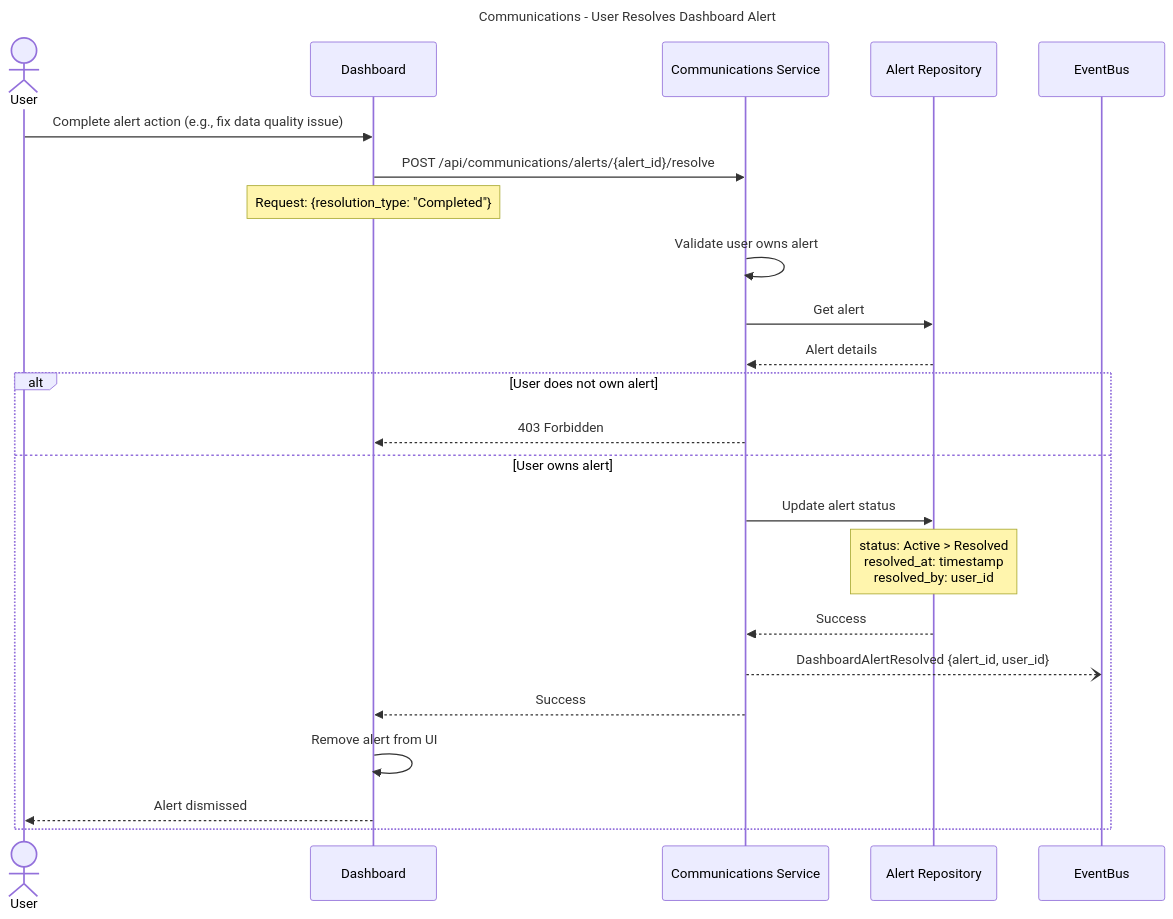
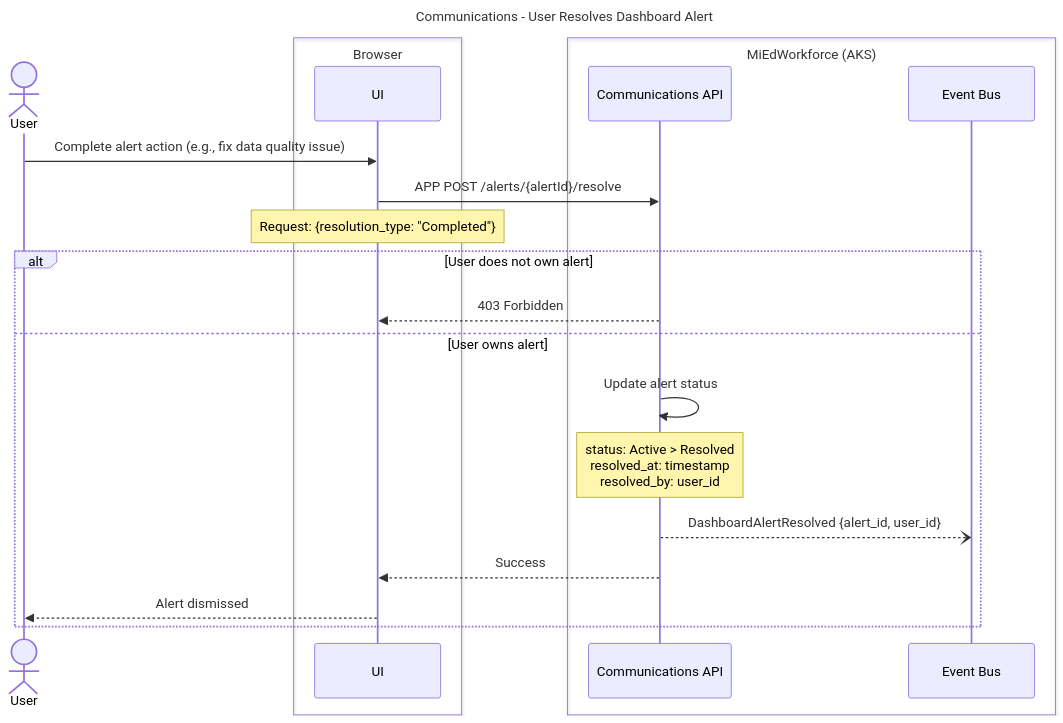
One commit to mnichols-dl/mied-design changed diagram 14 of 15 in working-docs/solution-areas/communications/communications-sequences.md. Above: the diagram before and after it, drawn with Mermaid. The commit also changed other lines of this file and 34 other files, not shown here.

Commit message:
Update sequences and perform RTM assessment

````diff
--- a/working-docs/solution-areas/communications/communications-sequences.md
+++ b/working-docs/solution-areas/communications/communications-sequences.md
@@ -751,33 +764,29 @@
 ```mermaid
 ---
 title: Communications - User Resolves Dashboard Alert
 ---
 sequenceDiagram
     actor User
-    participant Dashboard
-    participant Comms as Communications Service
-    participant AlertRepo as Alert Repository
-    participant EventBus
-    
-    User->>Dashboard: Complete alert action (e.g., fix data quality issue)
-    Dashboard->>Comms: POST /api/communications/alerts/{alert_id}/resolve
-    Note over Dashboard: Request: {resolution_type: "Completed"}
-    
-    Comms->>Comms: Validate user owns alert
-    Comms->>AlertRepo: Get alert
-    AlertRepo-->>Comms: Alert details
-    
+    box Browser
+    participant UI
+    end
+    box MiEdWorkforce (AKS)
+    participant CommApi as Communications API
+    participant EventBus as Event Bus
+    end
+
+    User->>UI: Complete alert action (e.g., fix data quality issue)
+    UI->>CommApi: APP POST /alerts/{alertId}/resolve
+    Note over UI: Request: {resolution_type: "Completed"}
+
     alt User does not own alert
-        Comms-->>Dashboard: 403 Forbidden
+        CommApi-->>UI: 403 Forbidden
     else User owns alert
-        Comms->>AlertRepo: Update alert status
-        Note over AlertRepo: status: Active > Resolved<br/>resolved_at: timestamp<br/>resolved_by: user_id
-        AlertRepo-->>Comms: Success
-        
-        Comms--)EventBus: DashboardAlertResolved {alert_id, user_id}
-        Comms-->>Dashboard: Success
-        
-        Dashboard->>Dashboard: Remove alert from UI
-        Dashboard-->>User: Alert dismissed
+        CommApi->>CommApi: Update alert status
+        Note over CommApi: status: Active > Resolved<br/>resolved_at: timestamp<br/>resolved_by: user_id
+
+        CommApi--)EventBus: DashboardAlertResolved {alert_id, user_id}
+        CommApi-->>UI: Success
+        UI-->>User: Alert dismissed
     end
 ```
````
